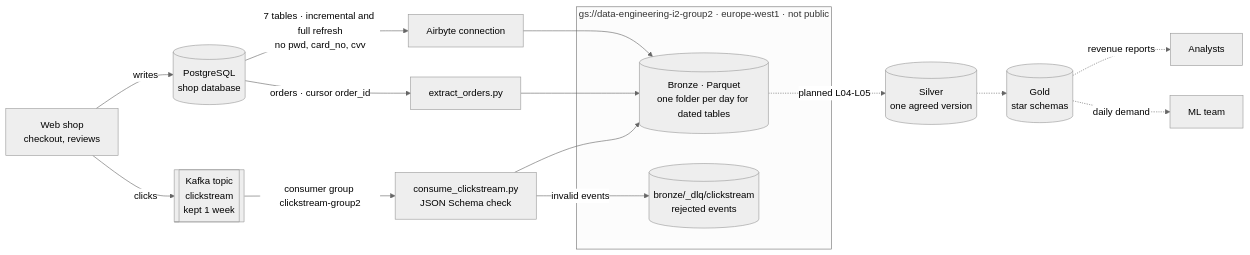
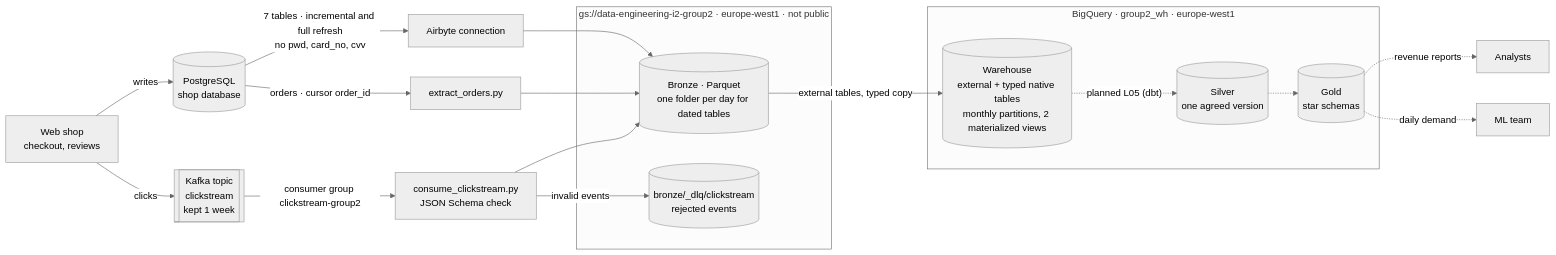
One commit to lumaruyam/de-platform-rlwc changed the diagram in docs/architecture.md. Above: the diagram before and after it, drawn with Mermaid (neutral theme). The commit also changed other lines of this file and 10 other files, not shown here.

Commit message:
Step 4: BigQuery warehouse tuning, materialized views, billing cap

````diff
--- a/docs/architecture.md
+++ b/docs/architecture.md
@@ -11,20 +11,26 @@
 ```mermaid
 flowchart LR
   shop["Web shop<br/>checkout, reviews"] -->|writes| pg[("PostgreSQL<br/>shop database")]
   shop -->|clicks| kafka[["Kafka topic<br/>clickstream<br/>kept 1 week"]]
   pg -->|"7 tables · incremental and full refresh<br/>no pwd, card_no, cvv"| airbyte["Airbyte connection"]
   pg -->|"orders · cursor order_id"| ext["extract_orders.py"]
   kafka -->|"consumer group clickstream-group2"| cons["consume_clickstream.py<br/>JSON Schema check"]
   subgraph gcs["gs://data-engineering-i2-group2 · europe-west1 · not public"]
     bronze[("Bronze · Parquet<br/>one folder per day for dated tables")]
     dlq[("bronze/_dlq/clickstream<br/>rejected events")]
   end
   airbyte --> bronze
   ext --> bronze
   cons --> bronze
   cons -->|invalid events| dlq
-  bronze -.->|"planned L04-L05"| silver[("Silver<br/>one agreed version")]
-  silver -.-> gold[("Gold<br/>star schemas")]
+  subgraph bq["BigQuery · group2_wh · europe-west1"]
+    wh[("Warehouse<br/>external + typed native tables<br/>monthly partitions, 2 materialized views")]
+    silver[("Silver<br/>one agreed version")]
+    gold[("Gold<br/>star schemas")]
+  end
+  bronze -->|"external tables, typed copy"| wh
+  wh -.->|"planned L05 (dbt)"| silver
+  silver -.-> gold
   gold -.->|revenue reports| analysts[Analysts]
   gold -.->|daily demand| ml[ML team]
 ```
````
